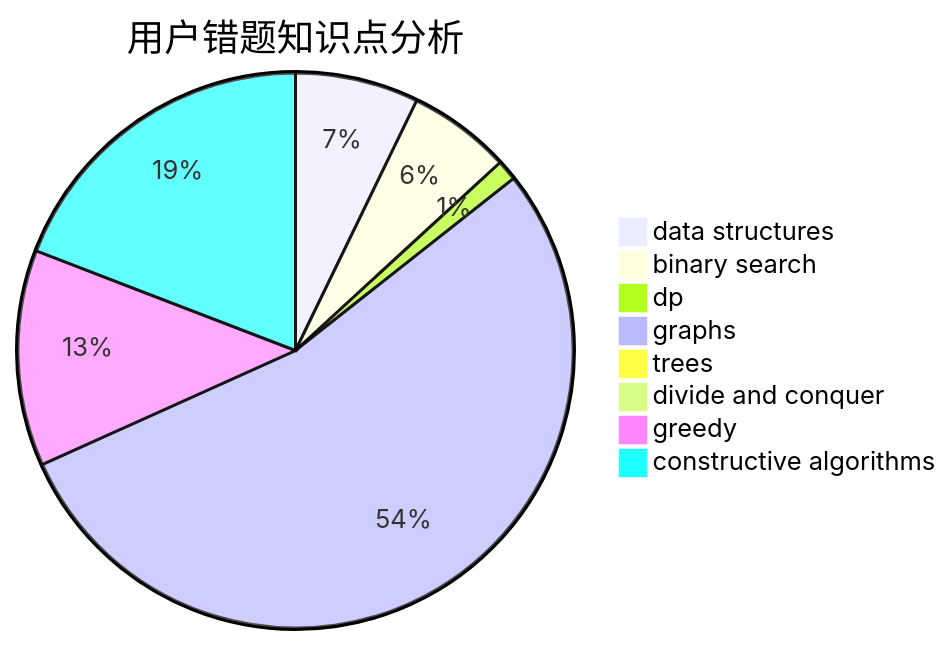
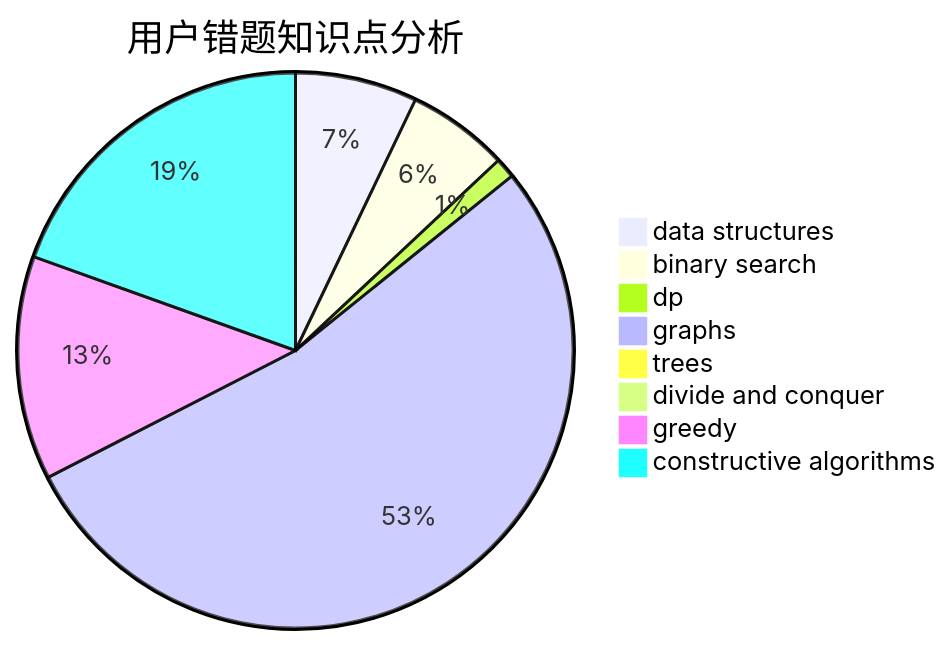
The third of 3 diagrams in docs/user/u1948.md (sherpahu/cfrs.github.io), drawn with Mermaid before and after one commit. The commit also changed other lines of this file and 2770 other files, not shown here.

````diff
--- a/docs/user/u1948.md
+++ b/docs/user/u1948.md
@@ -36,11 +36,11 @@
 ```mermaid
 pie title 用户错题知识点分析
     "data structures" :  12
     "binary search" :  10
     "dp" :  2
     "graphs" :  90
     "trees" :  0
     "divide and conquer" :  1
-    "greedy" :  21
-    "constructive algorithms" :  32
+    "greedy" :  22
+    "constructive algorithms" :  33
 ```
````
